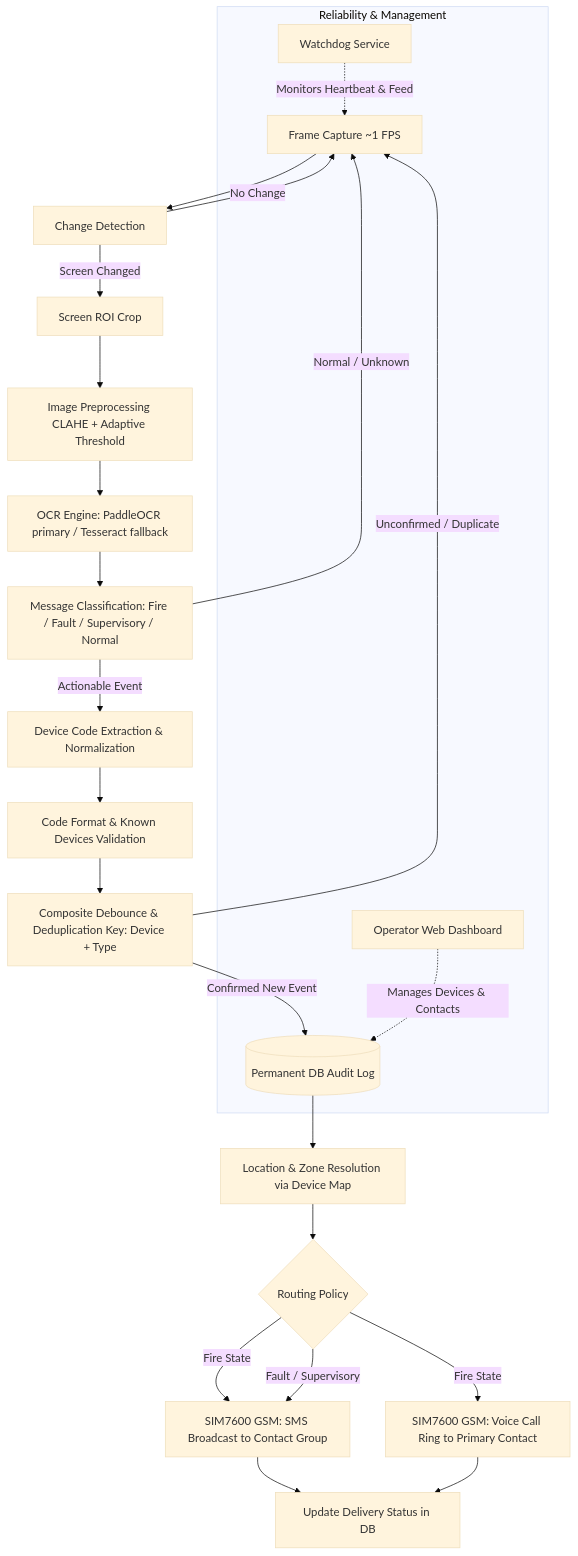
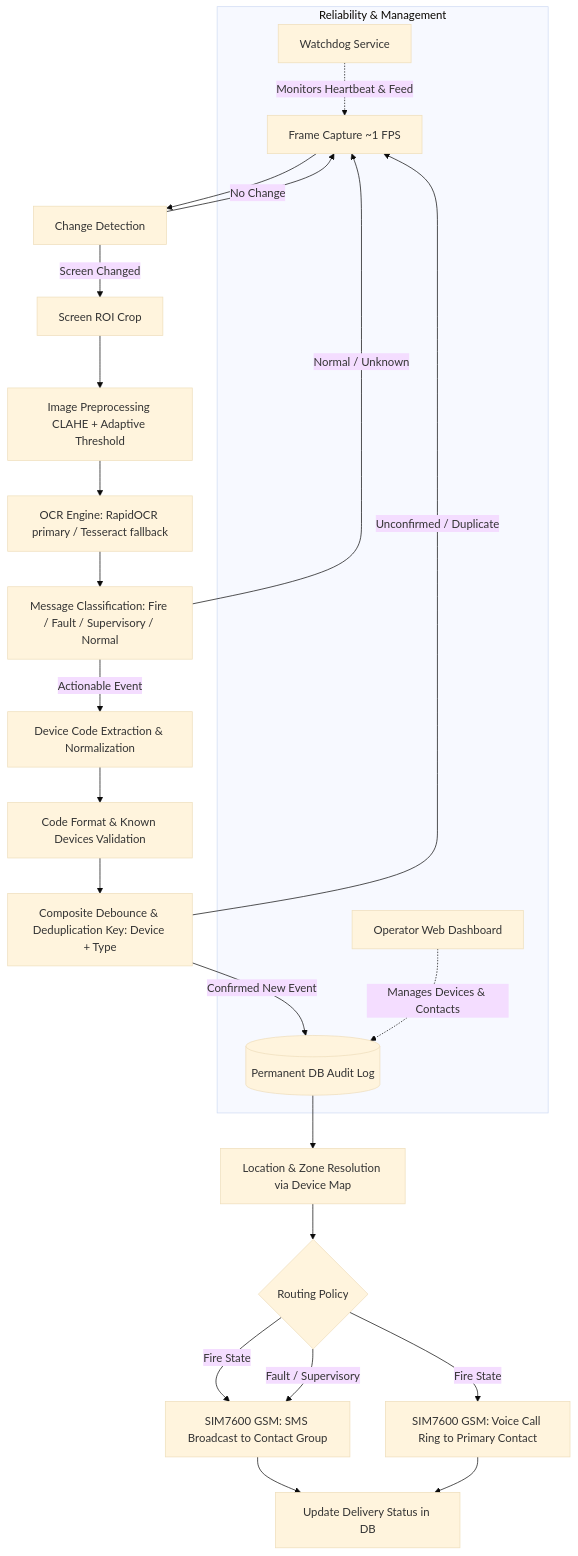
One commit to tejas23-11/FDAS_Bekaert changed the diagram in fdas-project/PROJECT_PROGRESS.md. Above: the diagram before and after it, drawn with Mermaid (base theme). The commit also changed other lines of this file and 6 other files, not shown here.

Commit message:
fix(ocr) : rapid ocr

````diff
--- a/fdas-project/PROJECT_PROGRESS.md
+++ b/fdas-project/PROJECT_PROGRESS.md
@@ -52,26 +52,26 @@
 ```mermaid
 flowchart TD
     A[Frame Capture ~1 FPS] --> B[Change Detection]
     B -- No Change --> A
     B -- Screen Changed --> C[Screen ROI Crop]
     C --> D[Image Preprocessing CLAHE + Adaptive Threshold]
-    D --> E[OCR Engine: PaddleOCR primary / Tesseract fallback]
+    D --> E[OCR Engine: RapidOCR primary / Tesseract fallback]
     E --> F[Message Classification: Fire / Fault / Supervisory / Normal]
     F -- Normal / Unknown --> A
     F -- Actionable Event --> G[Device Code Extraction & Normalization]
     G --> H[Code Format & Known Devices Validation]
     H --> I[Composite Debounce & Deduplication Key: Device + Type]
     I -- Unconfirmed / Duplicate --> A
     I -- Confirmed New Event --> J[(Permanent DB Audit Log)]
     J --> K[Location & Zone Resolution via Device Map]
     K --> L{Routing Policy}
     L -- Fire State --> M1[SIM7600 GSM: SMS Broadcast to Contact Group]
     L -- Fire State --> M2[SIM7600 GSM: Voice Call Ring to Primary Contact]
     L -- Fault / Supervisory --> M1
     M1 & M2 --> N[Update Delivery Status in DB]
     
     subgraph Reliability & Management
         W[Watchdog Service] -. Monitors Heartbeat & Feed .-> A
         UI[Operator Web Dashboard] -. Manages Devices & Contacts .-> J
     end
 ```
````
